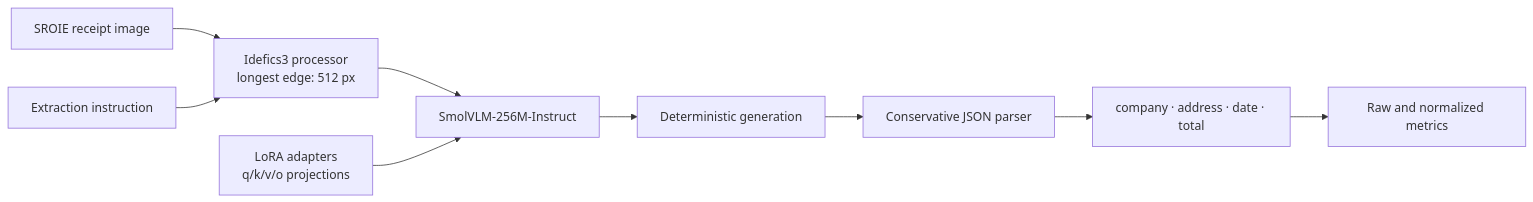
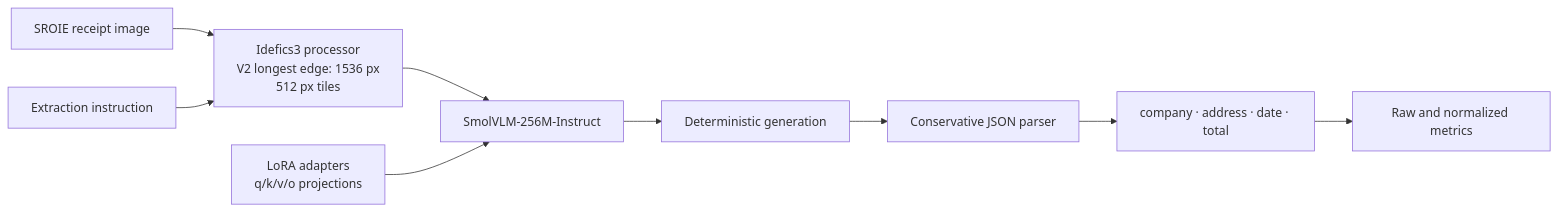
Before and after one commit to tusharg007/receipt-kie-vlm: the diagram in README.md, drawn with Mermaid. The commit also changed other lines of this file and 20 other files, not shown here.

````diff
--- a/README.md
+++ b/README.md
@@ -74,11 +161,11 @@
 ```mermaid
 flowchart LR
-    A["SROIE receipt image"] --> B["Idefics3 processor<br/>longest edge: 512 px"]
+    A["SROIE receipt image"] --> B["Idefics3 processor<br/>V2 longest edge: 1536 px<br/>512 px tiles"]
     C["Extraction instruction"] --> B
     B --> D["SmolVLM-256M-Instruct"]
     E["LoRA adapters<br/>q/k/v/o projections"] --> D
     D --> F["Deterministic generation"]
     F --> G["Conservative JSON parser"]
     G --> H["company · address · date · total"]
     H --> I["Raw and normalized metrics"]
 ```
````
